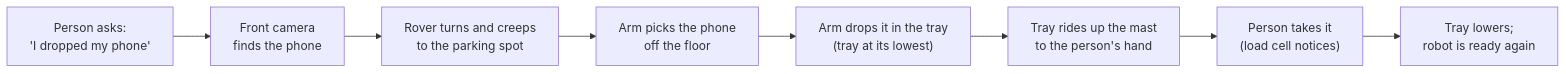
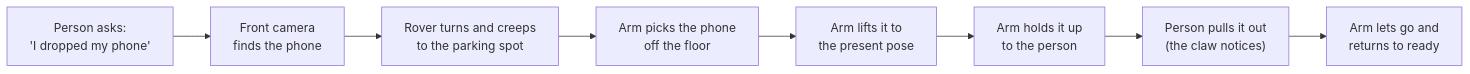
The first of 12 diagrams in plan.md (aarooshpravici/AutoPick-CalHacks), drawn with Mermaid before and after one commit. The commit also changed other lines of this file, not shown here.

First line of the commit message:
Plan: hour-6 re-plan, arm hands the object over, lift becomes stretch

````diff
--- a/plan.md
+++ b/plan.md
@@ -72,10 +73,10 @@
 ```mermaid
 flowchart LR
     A["Person asks:<br/>'I dropped my phone'"] --> B["Front camera<br/>finds the phone"]
     B --> C["Rover turns and creeps<br/>to the parking spot"]
     C --> D["Arm picks the phone<br/>off the floor"]
-    D --> E["Arm drops it in the tray<br/>(tray at its lowest)"]
-    E --> F["Tray rides up the mast<br/>to the person's hand"]
-    F --> G["Person takes it<br/>(load cell notices)"]
-    G --> H["Tray lowers;<br/>robot is ready again"]
+    D --> E["Arm lifts it to<br/>the present pose"]
+    E --> F["Arm holds it up<br/>to the person"]
+    F --> G["Person pulls it out<br/>(the claw notices)"]
+    G --> H["Arm lets go and<br/>returns to ready"]
 ```
````
